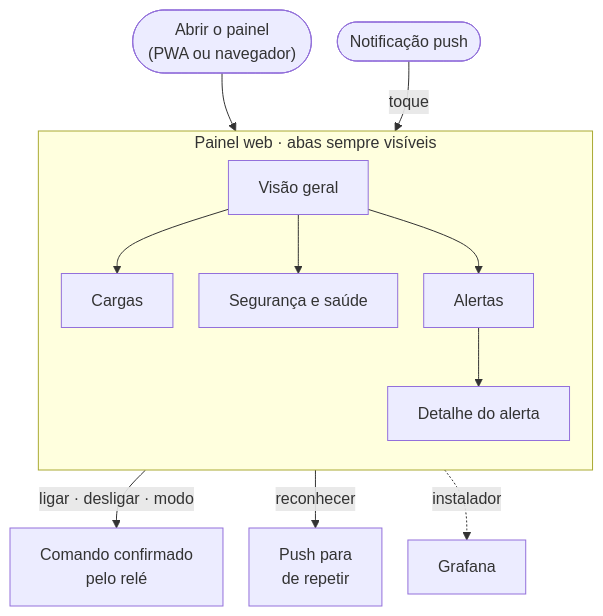
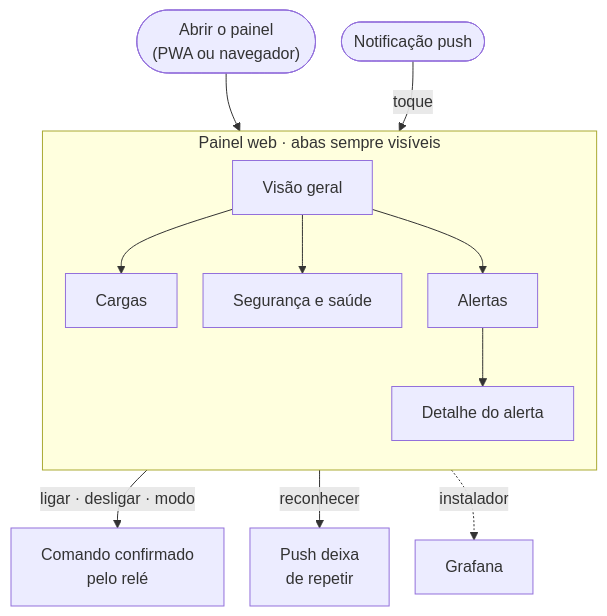
One commit to carneirofc/1322010-2025.3-A--IoT-Smart-Home-Software-Integration changed the diagram in relatorio/diagramas/fig04-navegacao.mmd. Above: the diagram before and after it, drawn with Mermaid. The commit also changed 7 other files, not shown here.

```diff
--- a/relatorio/diagramas/fig04-navegacao.mmd
+++ b/relatorio/diagramas/fig04-navegacao.mmd
@@ -1,21 +1,21 @@
 %%{init: {"flowchart": {"nodeSpacing": 26, "rankSpacing": 34, "wrappingWidth": 210}, "themeVariables": {"fontSize": "16px"}}}%%
 flowchart TB
   START(["Abrir o painel<br/>(PWA ou navegador)"])
   PUSH(["Notificação push"])
 
   subgraph PAINEL["Painel web · abas sempre visíveis"]
     direction TB
     VG["Visão geral"]
     CG["Cargas"]
     SS["Segurança e saúde"]
     AL["Alertas"]
     DET["Detalhe do alerta"]
   end
 
   START --> VG
   VG --> CG & SS & AL
   AL --> DET
   PUSH -- "toque" --> DET
   CG -- "ligar · desligar · modo" --> CMD["Comando confirmado<br/>pelo relé"]
-  DET -- "reconhecer" --> ACK["Push para<br/>de repetir"]
+  DET -- "reconhecer" --> ACK["Push deixa<br/>de repetir"]
   SS -. "instalador" .-> GF["Grafana"]
```
